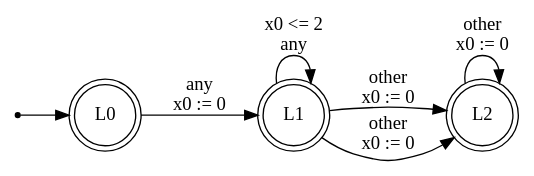
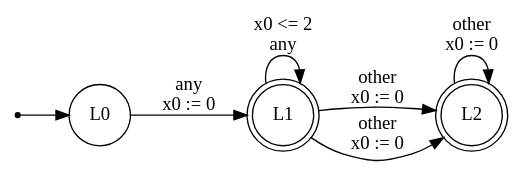
Before and after one commit to efares1/rocq-mtl-to-tba-translation: the diagram in evaluation/compile_dot_random/X54.dot, drawn with Graphviz. The commit also changed 105 other files, not shown here.

```diff
--- a/evaluation/compile_dot_random/X54.dot
+++ b/evaluation/compile_dot_random/X54.dot
@@ -1,14 +1,14 @@
 digraph TBA {
   rankdir=LR;
   node [shape=circle];
   init [shape=point];
   init -> L0;
-  L0 [shape=doublecircle, label="L0"];
+  L0 [shape=circle, label="L0"];
   L1 [shape=doublecircle, label="L1"];
   L2 [shape=doublecircle, label="L2"];
   L0 -> L1 [label="any\nx0 := 0"];
-  L1 -> L1 [label="x0 <= 2\nany"];
   L1 -> L2 [label="other\nx0 := 0"];
   L1 -> L2 [label="other\nx0 := 0"];
+  L1 -> L1 [label="x0 <= 2\nany"];
   L2 -> L2 [label="other\nx0 := 0"];
 }
```
